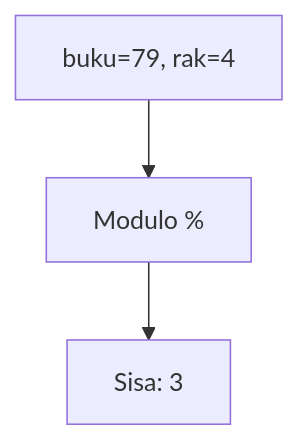
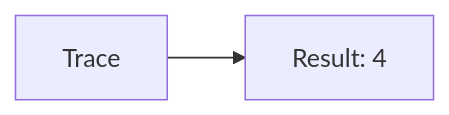
The seventh of 25 diagrams in part-c-pemahaman-cpp/01-tipe-data/latihan/set-10.md (amnahwaida/OSNK_INF_PREP), drawn with Mermaid before and after one commit. The commit also changed other lines of this file and 71 other files, not shown here.

````diff
--- a/part-c-pemahaman-cpp/01-tipe-data/latihan/set-10.md
+++ b/part-c-pemahaman-cpp/01-tipe-data/latihan/set-10.md
@@ -334,5 +148,4 @@
 ```mermaid
-graph TD
-A["buku=79, rak=4"] --> B["Modulo %"]
-B --> C["Sisa: 3"]
+graph LR
+A[Trace] --> B[Result: 4]
 ```
````
